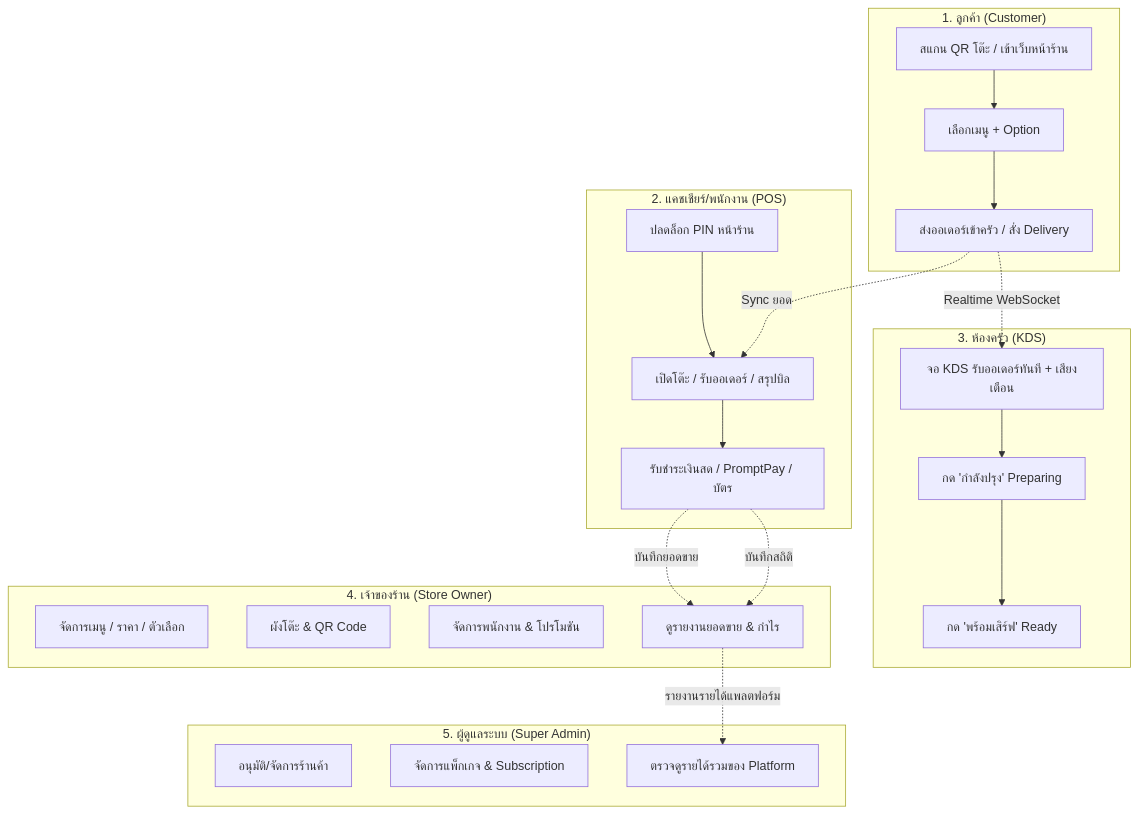
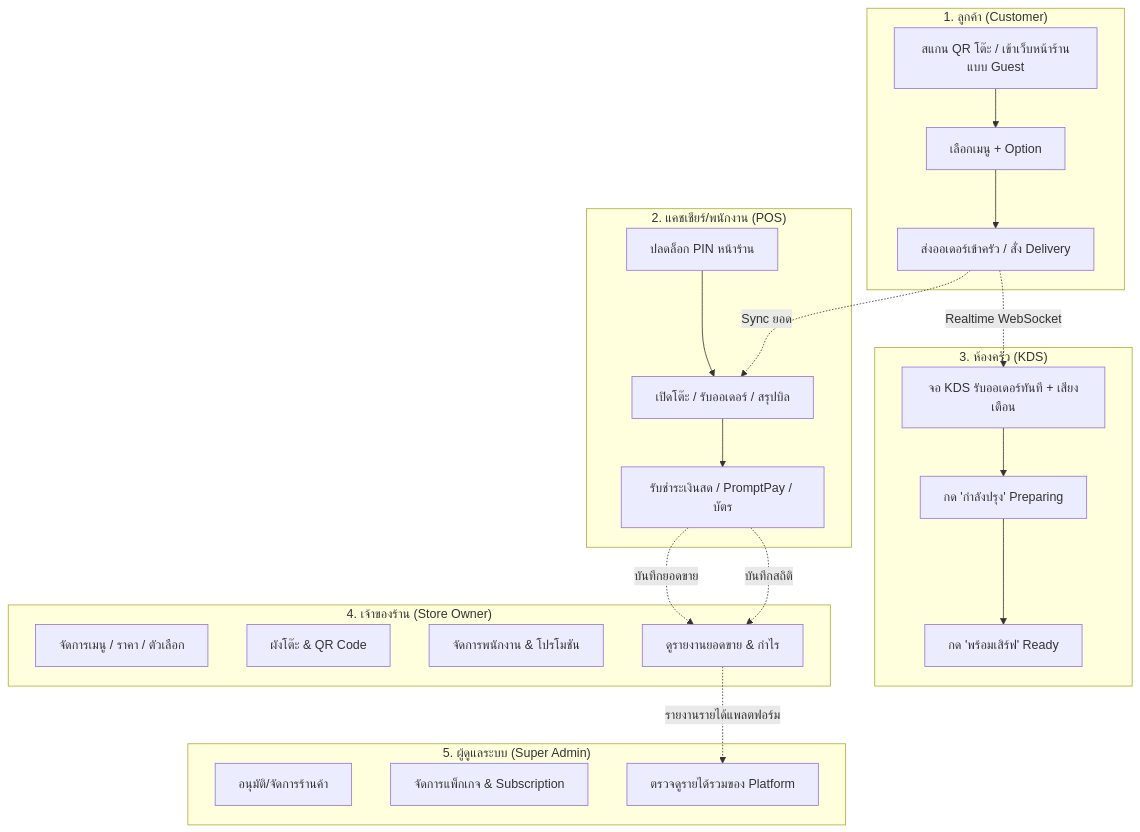
Before and after one commit to landmark-168/1101911: the first of 10 diagrams in USERFLOW.md, drawn with Mermaid. The commit also changed other lines of this file and 5 other files, not shown here.

````diff
--- a/USERFLOW.md
+++ b/USERFLOW.md
@@ -24,36 +25,36 @@
 ```mermaid
 graph TD
     subgraph Customers["1. ลูกค้า (Customer)"]
-        C1[สแกน QR โต๊ะ / เข้าเว็บหน้าร้าน] --> C2[เลือกเมนู + Option]
+        C1[สแกน QR โต๊ะ / เข้าเว็บหน้าร้านแบบ Guest] --> C2[เลือกเมนู + Option]
         C2 --> C3[ส่งออเดอร์เข้าครัว / สั่ง Delivery]
     end
 
     subgraph ServicePOS["2. แคชเชียร์/พนักงาน (POS)"]
         P1[ปลดล็อก PIN หน้าร้าน] --> P2[เปิดโต๊ะ / รับออเดอร์ / สรุปบิล]
         P2 --> P3[รับชำระเงินสด / PromptPay / บัตร]
     end
 
     subgraph Kitchen["3. ห้องครัว (KDS)"]
         K1[จอ KDS รับออเดอร์ทันที + เสียงเตือน] --> K2[กด 'กำลังปรุง' Preparing]
         K2 --> K3[กด 'พร้อมเสิร์ฟ' Ready]
     end
 
     subgraph StoreOwner["4. เจ้าของร้าน (Store Owner)"]
         O1[จัดการเมนู / ราคา / ตัวเลือก]
         O2[ผังโต๊ะ & QR Code]
         O3[จัดการพนักงาน & โปรโมชัน]
         O4[ดูรายงานยอดขาย & กำไร]
     end
 
     subgraph SuperAdmin["5. ผู้ดูแลระบบ (Super Admin)"]
         A1[อนุมัติ/จัดการร้านค้า]
         A2[จัดการแพ็กเกจ & Subscription]
         A3[ตรวจดูรายได้รวมของ Platform]
     end
 
     C3 -.->|Realtime WebSocket| K1
     C3 -.->|Sync ยอด| P2
     P3 -.->|บันทึกยอดขาย| O4
     P3 -.->|บันทึกสถิติ| O4
     O4 -.->|รายงานรายได้แพลตฟอร์ม| A3
 ```
````
